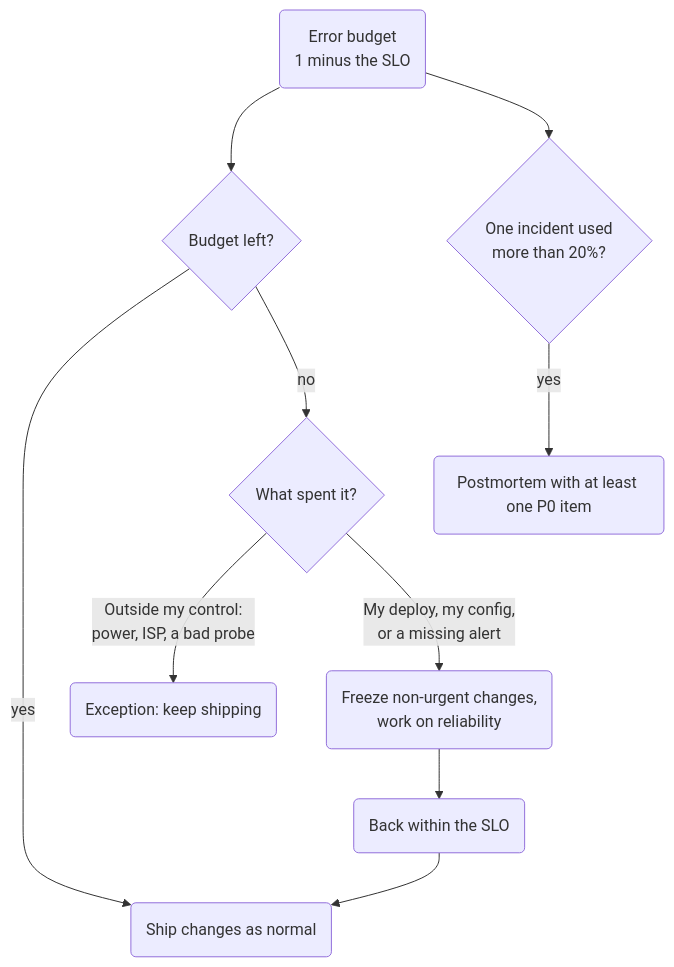
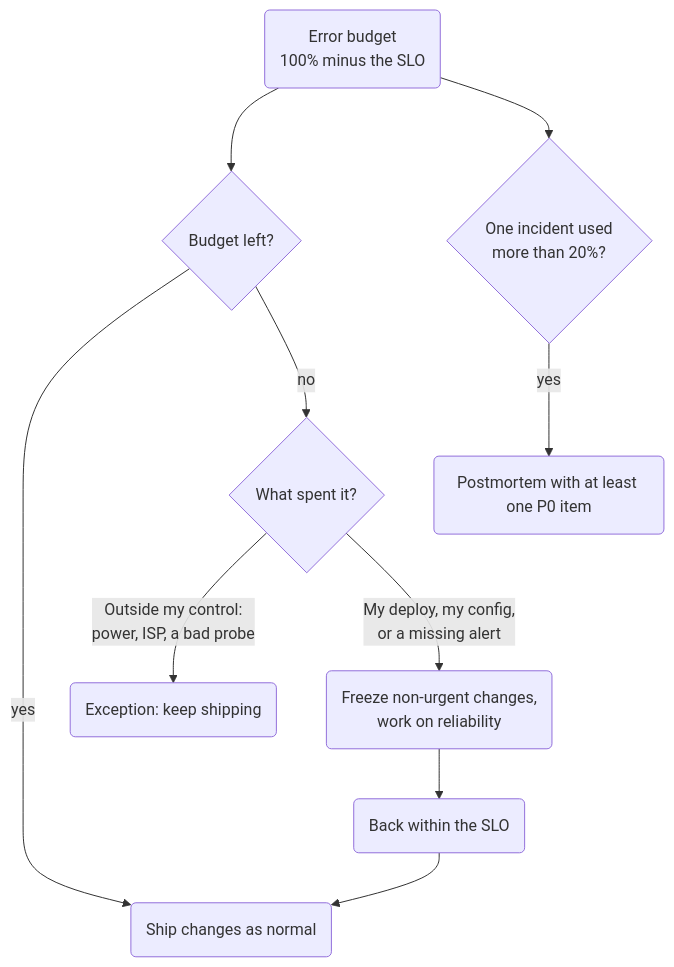
Before and after one commit to benniemosher/benniemosher.com: the diagram in _posts/2026-11-09-error-budget-policy.md, drawn with Mermaid. The commit also changed other lines of this file, not shown here.

Commit message:
docs: #168: fix the budget formula, explain the ISP exception

````diff
--- a/_posts/2026-11-09-error-budget-policy.md
+++ b/_posts/2026-11-09-error-budget-policy.md
@@ -12,11 +12,11 @@
 ```mermaid
 flowchart TD
-    A("Error budget<br/>1 minus the SLO") --> B{"Budget left?"}
+    A("Error budget<br/>100% minus the SLO") --> B{"Budget left?"}
     B -- yes --> C("Ship changes as normal")
     B -- no --> D{"What spent it?"}
     D -- "Outside my control:<br/>power, ISP, a bad probe" --> E("Exception: keep shipping")
     D -- "My deploy, my config,<br/>or a missing alert" --> F("Freeze non-urgent changes,<br/>work on reliability")
     F --> G("Back within the SLO") --> C
     A --> H{"One incident used<br/>more than 20%?"}
     H -- yes --> I("Postmortem with at least one P0 item")
 ```
````
